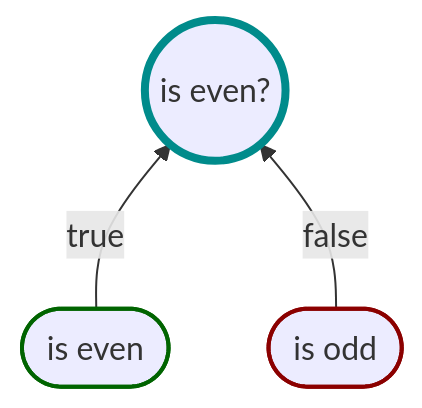
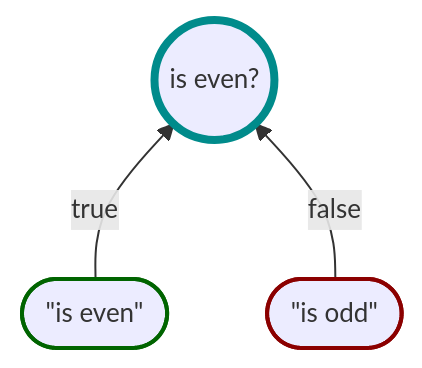
One commit to karlssberg/Motiv changed the fourth of 6 diagrams in index.md. Above: the diagram before and after it, drawn with Mermaid. The commit also changed other lines of this file and 161 other files, not shown here.

Commit message:
Added policy fluent builder methods/propositions that permit accessing the BooleanResultBase in the WhenTrue/WhenFalse/WhenTrueYield/WhenFalseYield Deprecated the Metadata property for a property called Values.

````diff
--- a/index.md
+++ b/index.md
@@ -112,10 +137,11 @@
 ```mermaid
+%%{init: { 'themeVariables': { 'fontSize': '13px' }}}%%
 flowchart BT
 
-    True([is even]) -->|true| P((is even?))
-    False([is odd]) -->|false| P
+    True(["&quot;is even&quot;"]) -->|true| P(("is even?"))
+    False(["&quot;is odd&quot;"]) -->|false| P
 
     style P stroke:darkcyan,stroke-width:4px
     style True stroke:darkgreen,stroke-width:2px
     style False stroke:darkred,stroke-width:2px
 ```
````
